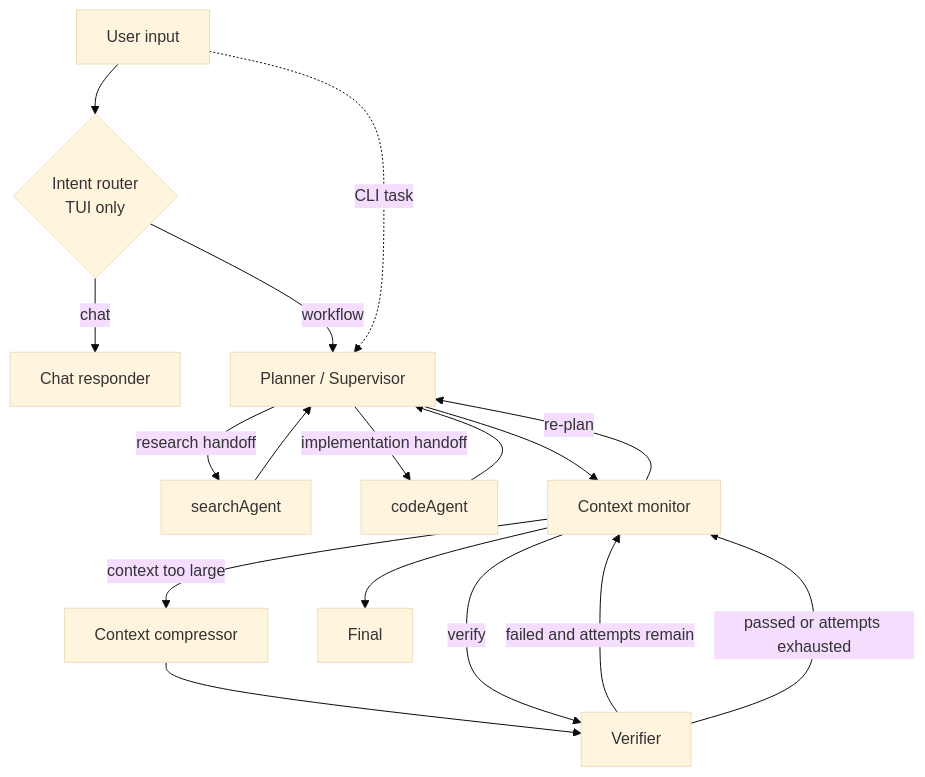
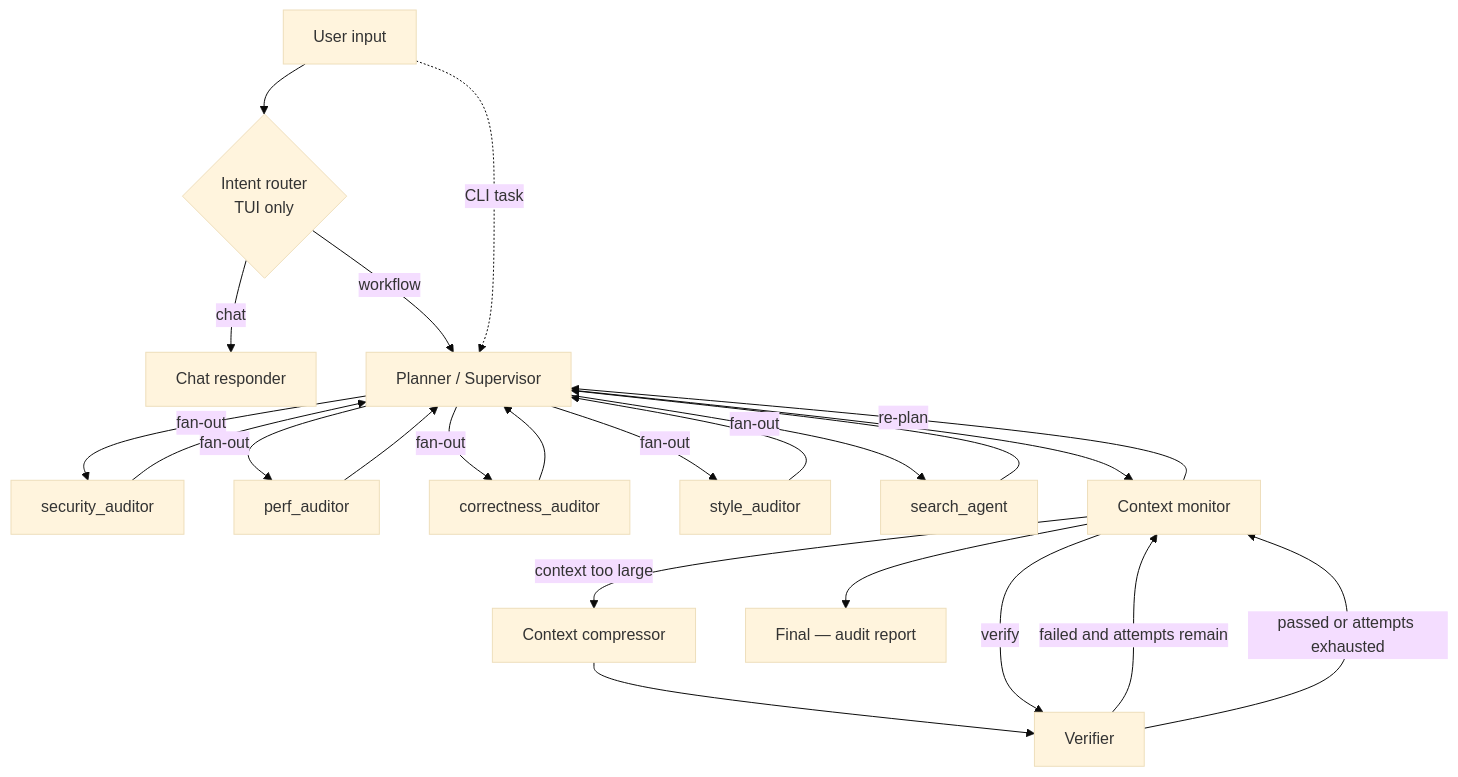
The diagram in README.md (NDXXXX/Audit-Agent), drawn with Mermaid (base theme) before and after one commit. The commit also changed other lines of this file and 98 other files, not shown here.

First line of the commit message:
pivot: DDCLAW → Audit Agent — multi-agent code review

````diff
--- a/README.md
+++ b/README.md
@@ -48,21 +48,28 @@
 ```mermaid
 flowchart TD
     U[User input] --> IR{Intent router<br/>TUI only}
     IR -->|chat| CR[Chat responder]
     IR -->|workflow| P[Planner / Supervisor]
     U -. CLI task .-> P
 
-    P -->|research handoff| S[searchAgent]
-    P -->|implementation handoff| C[codeAgent]
+    P -->|fan-out| A1[security_auditor]
+    P -->|fan-out| A2[perf_auditor]
+    P -->|fan-out| A3[correctness_auditor]
+    P -->|fan-out| A4[style_auditor]
+    P -->|fan-out| S[search_agent]
+
+    A1 --> P
+    A2 --> P
+    A3 --> P
+    A4 --> P
     S --> P
-    C --> P
 
     P --> M[Context monitor]
     M -->|context too large| CC[Context compressor]
     CC --> V[Verifier]
     M -->|verify| V
     V -->|failed and attempts remain| M
     M -->|re-plan| P
     V -->|passed or attempts exhausted| M
-    M --> F[Final]
+    M --> F[Final — audit report]
 ```
````
